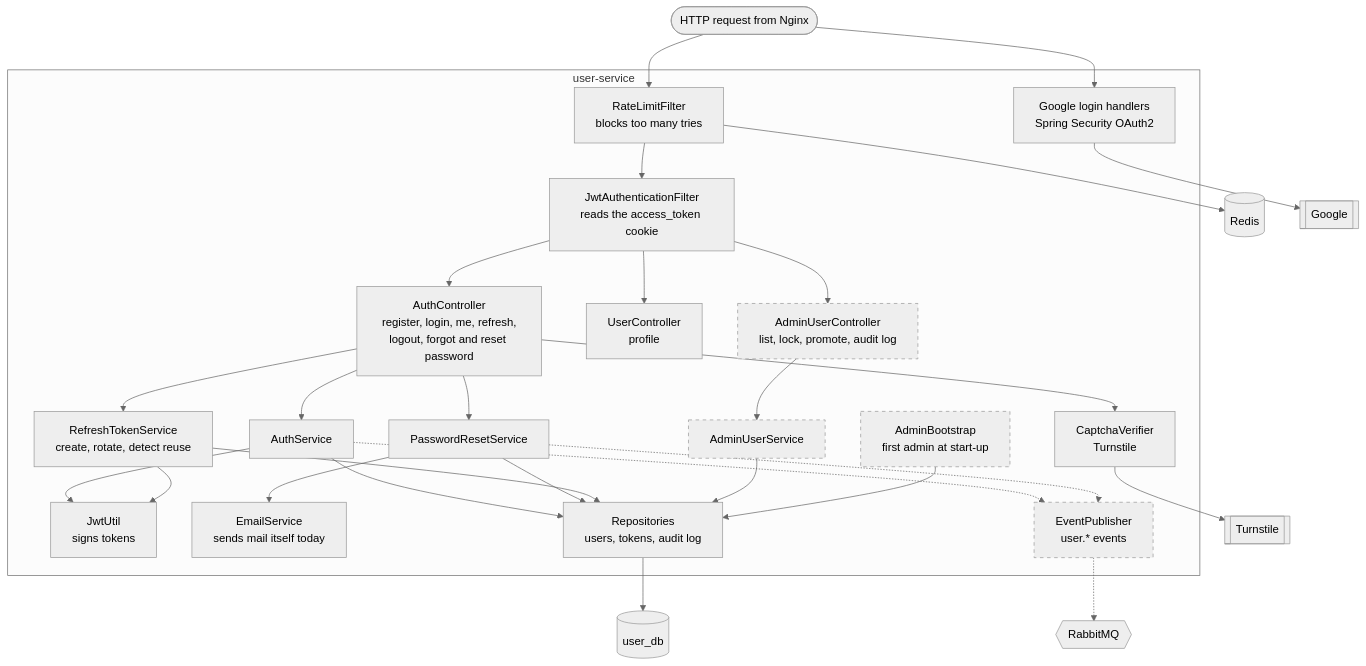
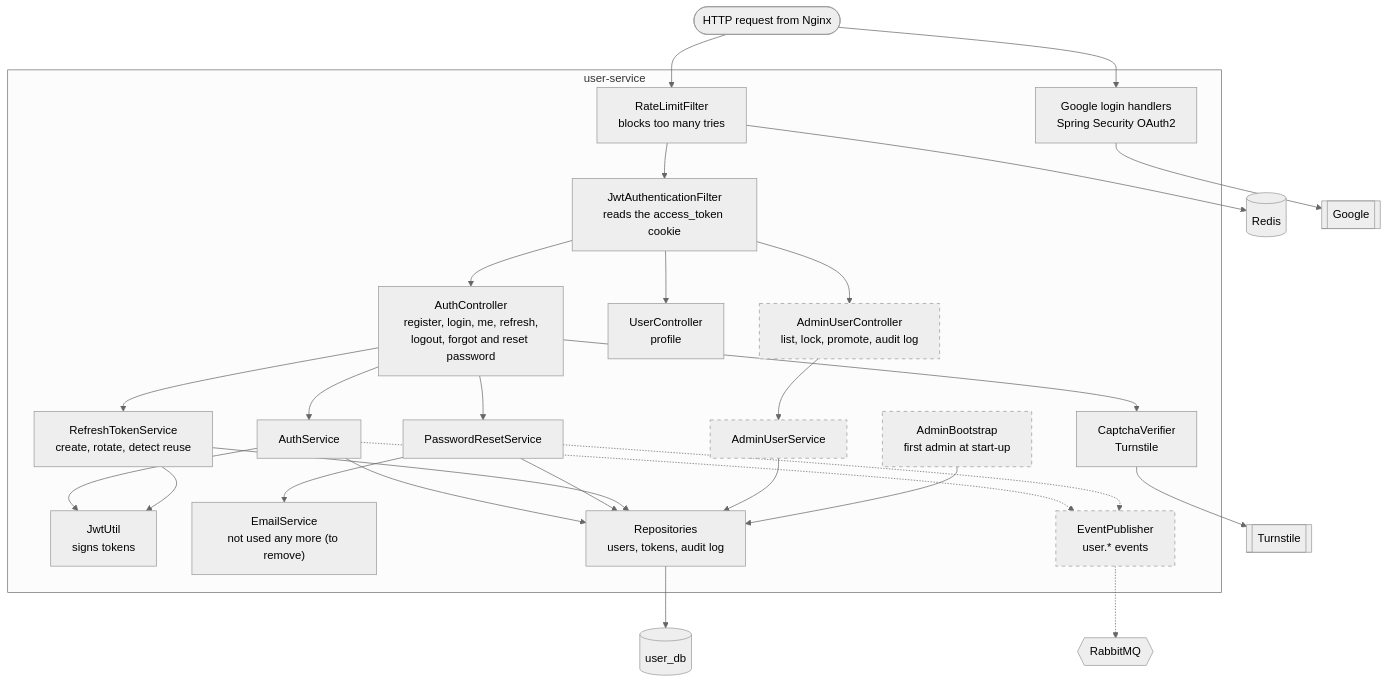
Before and after one commit to MotoXpress-wicky/infrastructure: the diagram in docs/mvp/05-components/user-service.md, drawn with Mermaid (neutral theme). The commit also changed other lines of this file and 4 other files, not shown here.

````diff
--- a/docs/mvp/05-components/user-service.md
+++ b/docs/mvp/05-components/user-service.md
@@ -6,62 +6,62 @@
 ```mermaid
 flowchart TB
     req([HTTP request from Nginx])
 
     subgraph svc [user-service]
         rate["RateLimitFilter<br/>blocks too many tries"]
         jwtf["JwtAuthenticationFilter<br/>reads the access_token cookie"]
         authc["AuthController<br/>register, login, me, refresh,<br/>logout, forgot and reset password"]
         userc["UserController<br/>profile"]
         adminc["AdminUserController<br/>list, lock, promote, audit log"]
         oauth["Google login handlers<br/>Spring Security OAuth2"]
 
         auth["AuthService"]
         reset["PasswordResetService"]
         refresh["RefreshTokenService<br/>create, rotate, detect reuse"]
         adminsvc["AdminUserService"]
         boot["AdminBootstrap<br/>first admin at start-up"]
         captcha["CaptchaVerifier<br/>Turnstile"]
         jwt["JwtUtil<br/>signs tokens"]
-        mail["EmailService<br/>sends mail itself today"]
+        mail["EmailService<br/>not used any more (to remove)"]
         pub["EventPublisher<br/>user.* events"]
         repo["Repositories<br/>users, tokens, audit log"]
     end
 
     redis[("Redis")]
     db[("user_db")]
     google[["Google"]]
     turnstile[["Turnstile"]]
     broker{{"RabbitMQ"}}
 
     req --> rate --> jwtf
     jwtf --> authc
     jwtf --> userc
     jwtf --> adminc
     req --> oauth
 
     authc --> auth
     authc --> reset
     authc --> refresh
     authc --> captcha
     adminc --> adminsvc
     oauth --> google
     captcha --> turnstile
 
     auth --> jwt
     refresh --> jwt
     auth --> repo
     reset --> repo
     refresh --> repo
     adminsvc --> repo
     boot --> repo
     rate --> redis
     repo --> db
 
     reset --> mail
     auth -.-> pub
     reset -.-> pub
     pub -.-> broker
 
     classDef planned stroke-dasharray: 5 5
     class adminc,adminsvc,boot,pub planned
 ```
````
